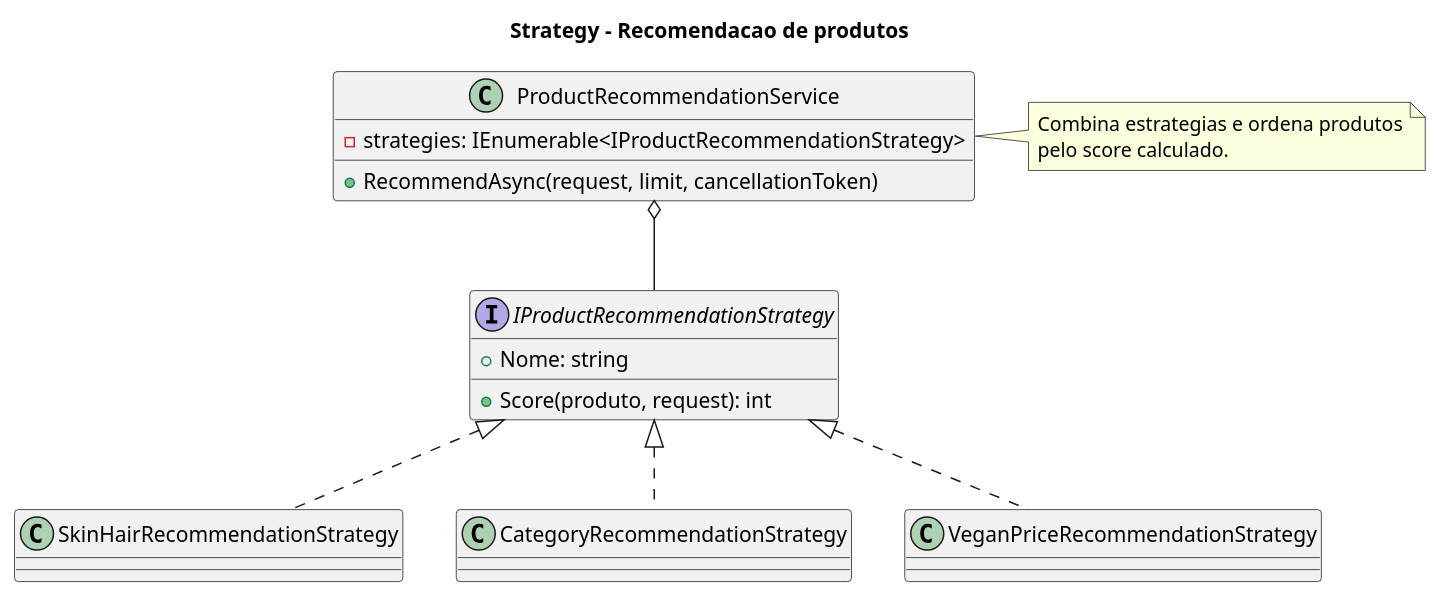
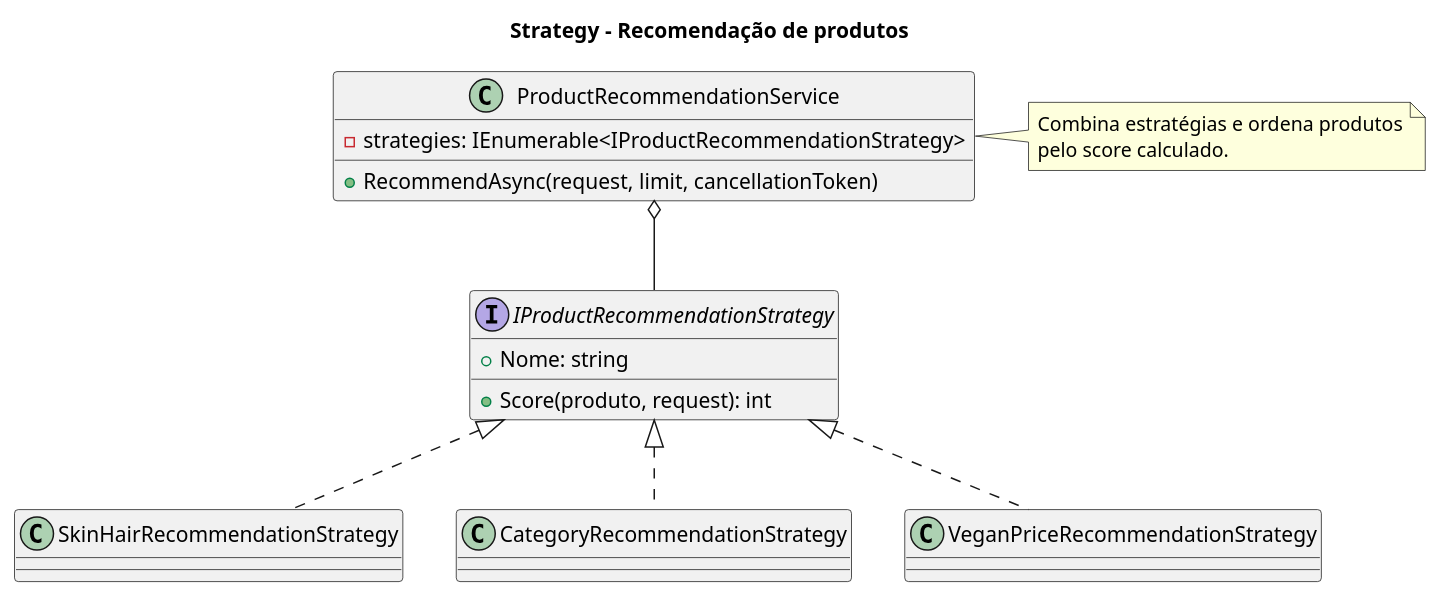
The diagram in docs/Entrega 4/padroes/uml/strategy-recomendacao.puml (EduardoSilvaNegreiros/TrabalhoFaculdade5Semestre2026), drawn with PlantUML before and after one commit. The commit also changed other lines of this file and 32 other files, not shown here.

```diff
--- a/docs/Entrega 4/padroes/uml/strategy-recomendacao.puml
+++ b/docs/Entrega 4/padroes/uml/strategy-recomendacao.puml
@@ -1,28 +1,28 @@
 @startuml Strategy_Recomendacao
-title Strategy - Recomendacao de produtos
+title Strategy - Recomendação de produtos
 
 interface IProductRecommendationStrategy {
   +Nome: string
   +Score(produto, request): int
 }
 
 class ProductRecommendationService {
   -strategies: IEnumerable<IProductRecommendationStrategy>
   +RecommendAsync(request, limit, cancellationToken)
 }
 
 class SkinHairRecommendationStrategy
 class CategoryRecommendationStrategy
 class VeganPriceRecommendationStrategy
 
 ProductRecommendationService o-- IProductRecommendationStrategy
 IProductRecommendationStrategy <|.. SkinHairRecommendationStrategy
 IProductRecommendationStrategy <|.. CategoryRecommendationStrategy
 IProductRecommendationStrategy <|.. VeganPriceRecommendationStrategy
 
 note right of ProductRecommendationService
-Combina estrategias e ordena produtos
+Combina estratégias e ordena produtos
 pelo score calculado.
 end note
 
 @enduml
```
